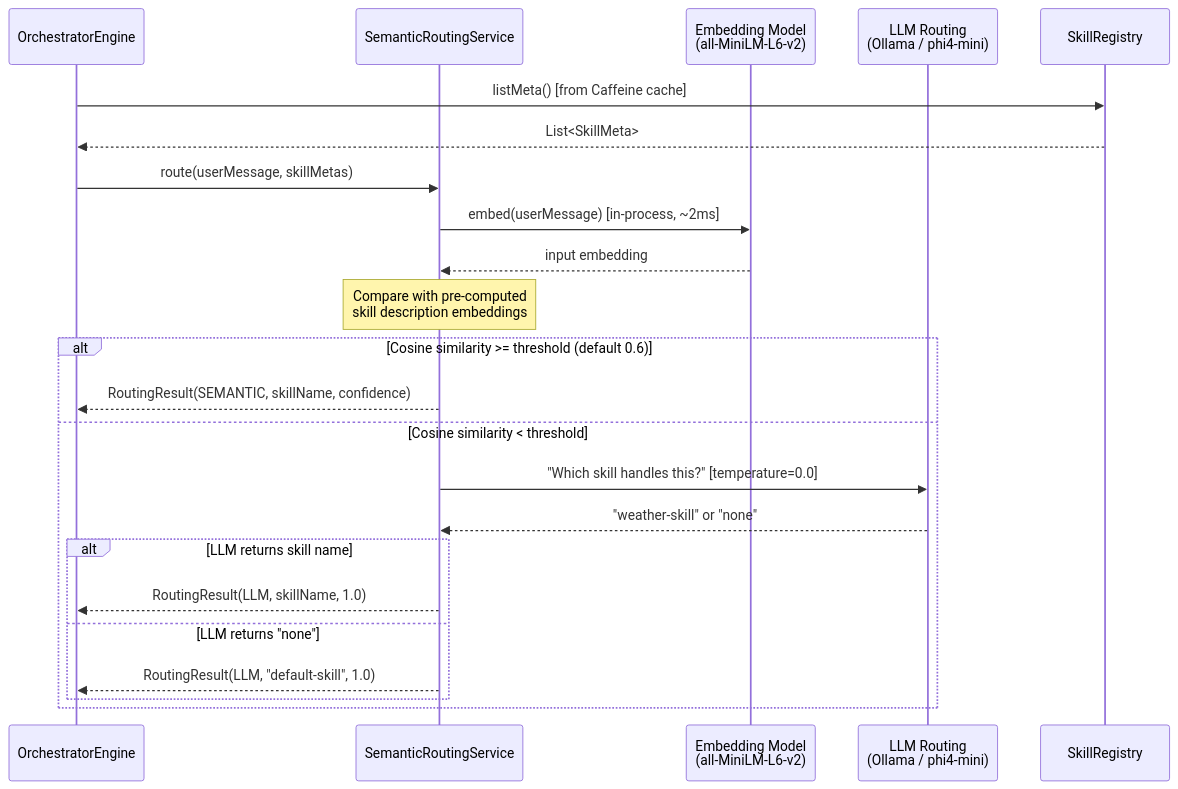
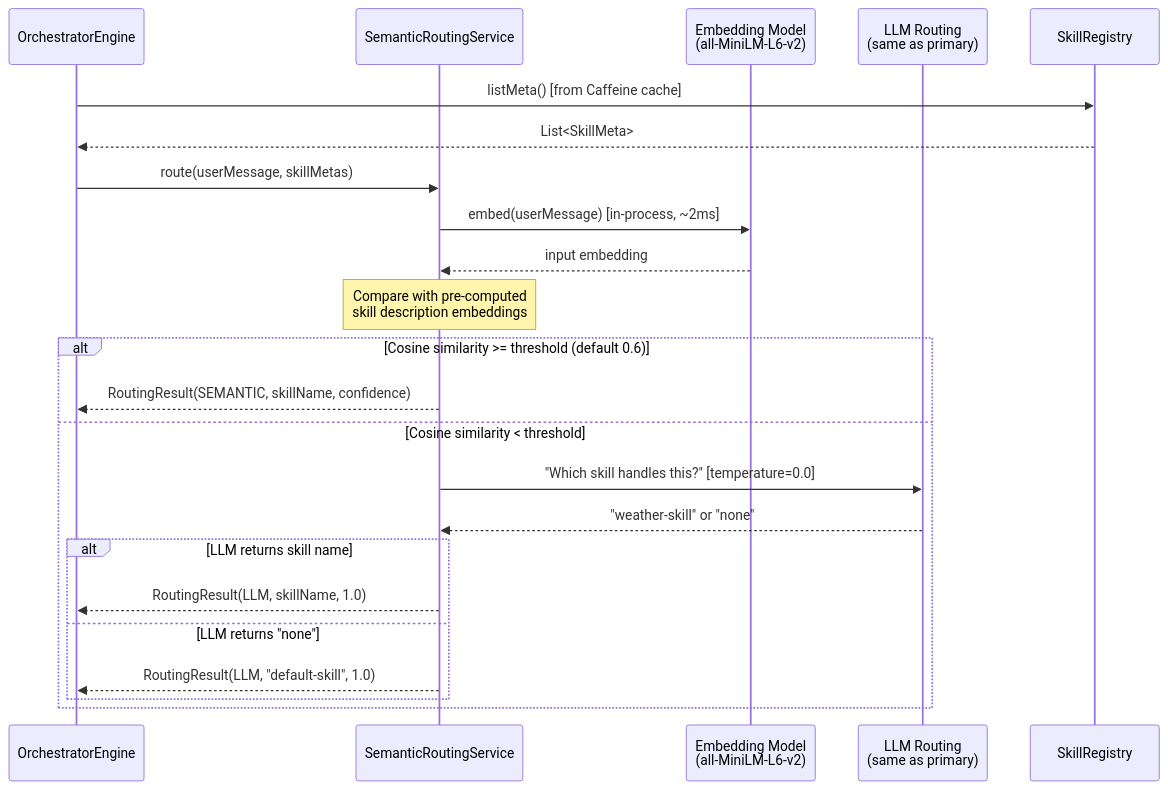
One commit to GiskardB/gargantua changed the second of 8 diagrams in docs/architecture-diagrams.md. Above: the diagram before and after it, drawn with Mermaid. The commit also changed 3 other files, not shown here.

First line of the commit message:
docs: bump version refs to v1.4.4, fix stale routing-model Ollama claims

````diff
--- a/docs/architecture-diagrams.md
+++ b/docs/architecture-diagrams.md
@@ -77,29 +77,29 @@
 ```mermaid
 sequenceDiagram
     participant Engine as OrchestratorEngine
     participant Semantic as SemanticRoutingService
     participant Embed as Embedding Model<br/>(all-MiniLM-L6-v2)
-    participant LLM_Route as LLM Routing<br/>(Ollama / phi4-mini)
+    participant LLM_Route as LLM Routing<br/>(same as primary)
     participant Registry as SkillRegistry
 
     Engine->>Registry: listMeta() [from Caffeine cache]
     Registry-->>Engine: List<SkillMeta>
 
     Engine->>Semantic: route(userMessage, skillMetas)
     Semantic->>Embed: embed(userMessage) [in-process, ~2ms]
     Embed-->>Semantic: input embedding
 
     Note over Semantic: Compare with pre-computed<br/>skill description embeddings
 
     alt Cosine similarity >= threshold (default 0.6)
         Semantic-->>Engine: RoutingResult(SEMANTIC, skillName, confidence)
     else Cosine similarity < threshold
         Semantic->>LLM_Route: "Which skill handles this?" [temperature=0.0]
         LLM_Route-->>Semantic: "weather-skill" or "none"
         alt LLM returns skill name
             Semantic-->>Engine: RoutingResult(LLM, skillName, 1.0)
         else LLM returns "none"
             Semantic-->>Engine: RoutingResult(LLM, "default-skill", 1.0)
         end
     end
 ```
````
